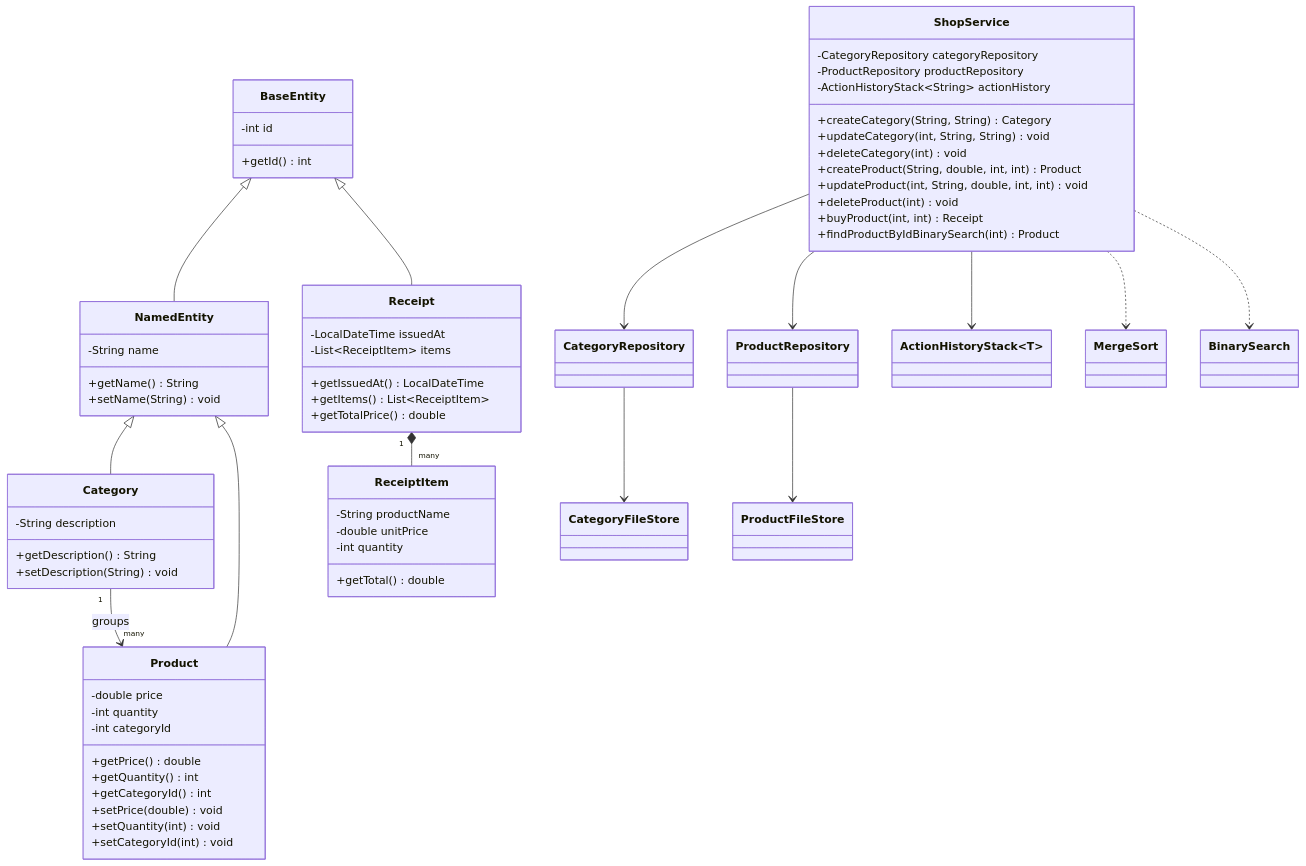
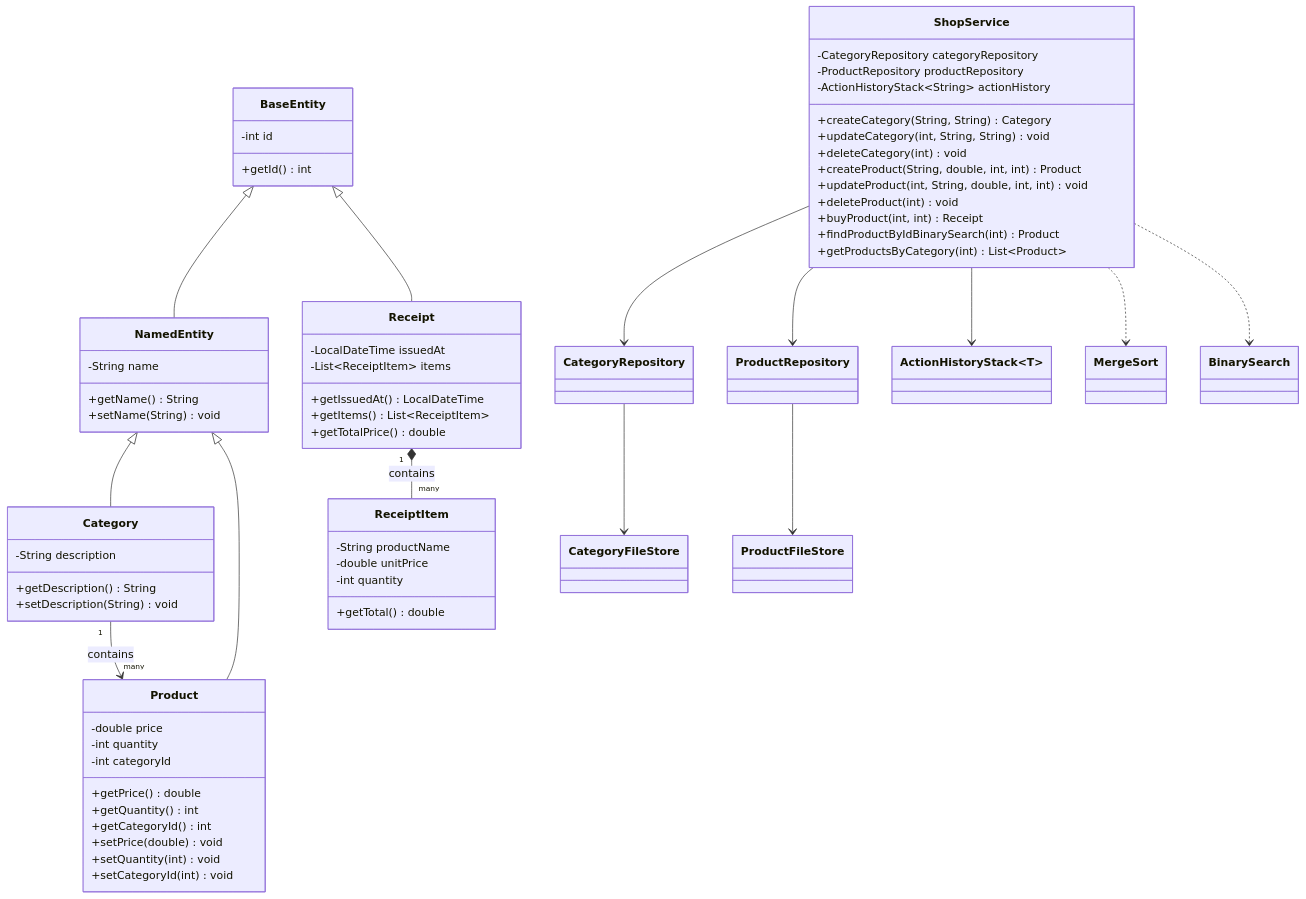
One commit to mikhail2574/sdt-101-final changed the second of 2 diagrams in README.md. Above: the diagram before and after it, drawn with Mermaid. The commit also changed other lines of this file and 3 other files, not shown here.

Commit message:
feat: add product viewing by category and enhance UI for related products

```diff
--- a/README.md
+++ b/README.md
@@ -137,6 +138,7 @@
         +deleteProduct(int) void
         +buyProduct(int, int) Receipt
         +findProductByIdBinarySearch(int) Product
+        +getProductsByCategory(int) List~Product~
     }
 
     class CategoryRepository
@@ -151,8 +153,8 @@
     BaseEntity <|-- Receipt
     NamedEntity <|-- Category
     NamedEntity <|-- Product
-    Category "1" --> "many" Product : groups
-    Receipt "1" *-- "many" ReceiptItem
+    Category "1" --> "many" Product : contains
+    Receipt "1" *-- "many" ReceiptItem : contains
     ShopService --> CategoryRepository
     ShopService --> ProductRepository
     ShopService --> ActionHistoryStack~String~
```
